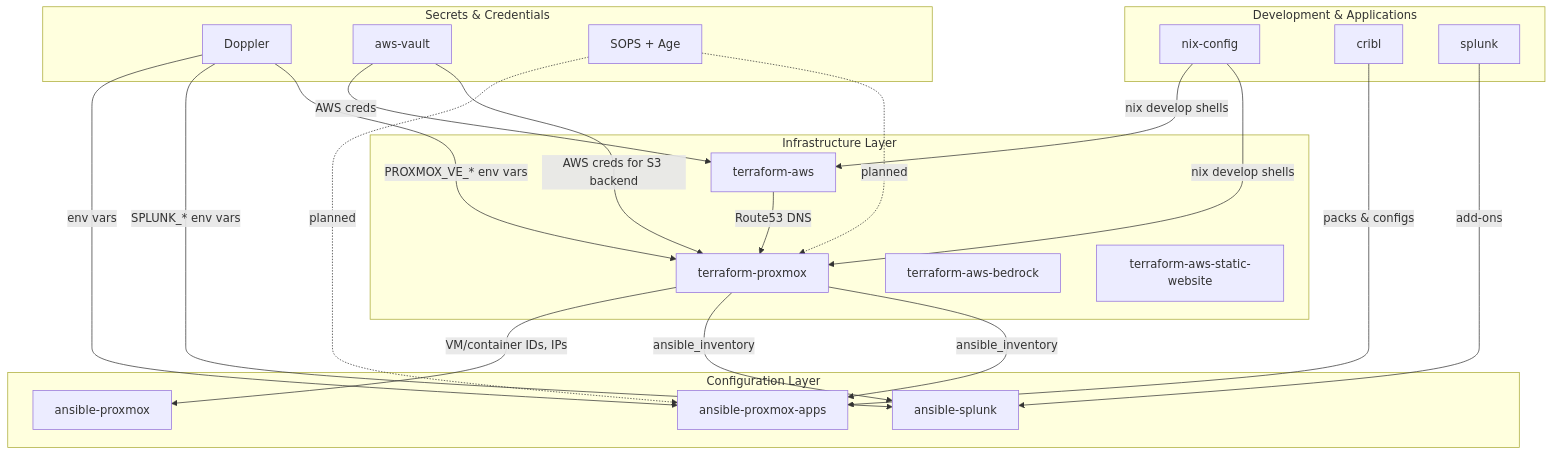
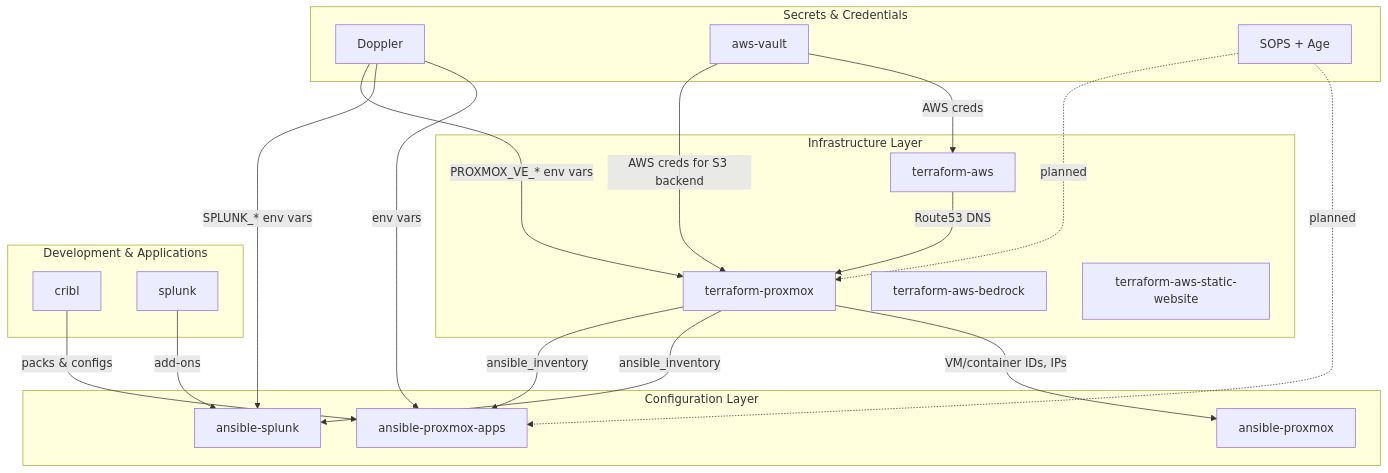
Before and after one commit to JacobPEvans/terraform-proxmox: the first of 3 diagrams in docs/ARCHITECTURE.md, drawn with Mermaid. The commit also changed 5 other files, not shown here.

First line of the commit message:
docs: update nix-config references to per-repo devshell pattern

````diff
--- a/docs/ARCHITECTURE.md
+++ b/docs/ARCHITECTURE.md
@@ -8,43 +8,40 @@
 ```mermaid
 graph TD
     subgraph "Infrastructure Layer"
         TP[terraform-proxmox]
         TA[terraform-aws]
         TAB[terraform-aws-bedrock]
         TAS[terraform-aws-static-website]
     end
 
     subgraph "Configuration Layer"
         AP[ansible-proxmox]
         APA[ansible-proxmox-apps]
         AS[ansible-splunk]
     end
 
     subgraph "Development & Applications"
-        NC[nix-config]
         CR[cribl]
         SP[splunk]
     end
 
     subgraph "Secrets & Credentials"
         DOP[Doppler]
         AV[aws-vault]
         SOPS_AGE[SOPS + Age]
     end
 
     TP -->|ansible_inventory| APA
     TP -->|ansible_inventory| AS
     TP -->|VM/container IDs, IPs| AP
     TA -->|Route53 DNS| TP
     DOP -->|PROXMOX_VE_* env vars| TP
     DOP -->|SPLUNK_* env vars| AS
     DOP -->|env vars| APA
     AV -->|AWS creds for S3 backend| TP
     AV -->|AWS creds| TA
-    NC -->|nix develop shells| TP
-    NC -->|nix develop shells| TA
     CR -->|packs & configs| APA
     SP -->|add-ons| AS
     SOPS_AGE -.->|planned| TP
     SOPS_AGE -.->|planned| APA
 ```
````
